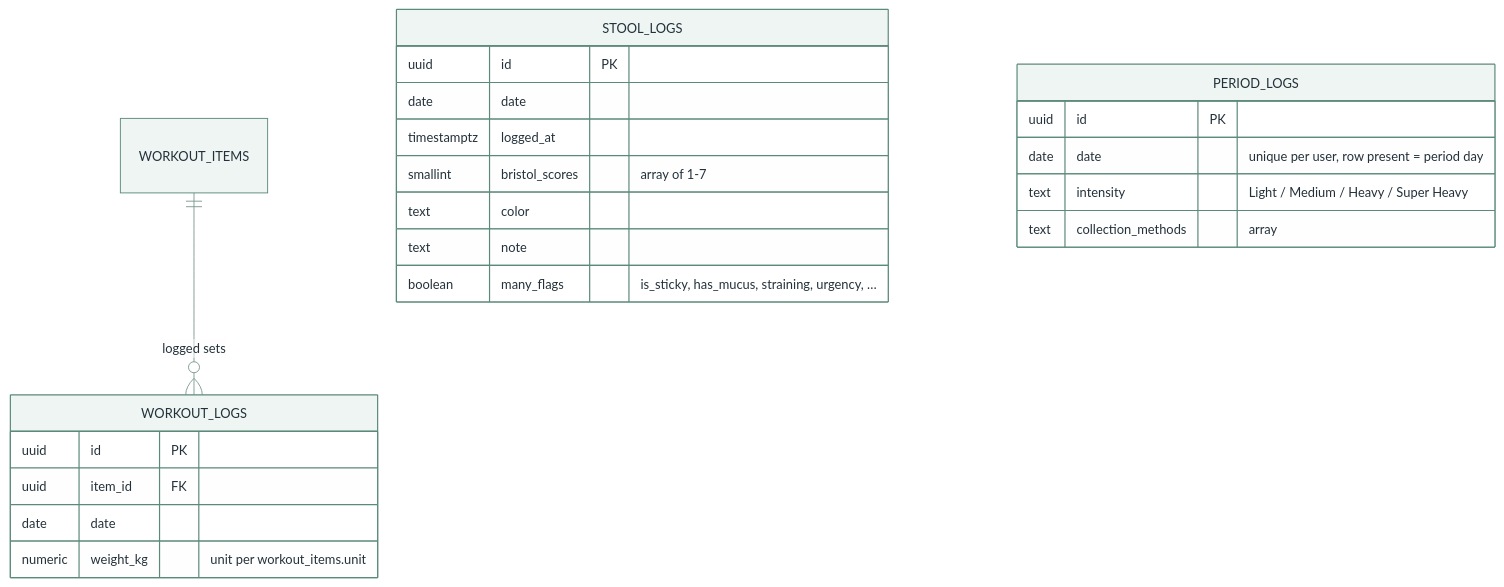
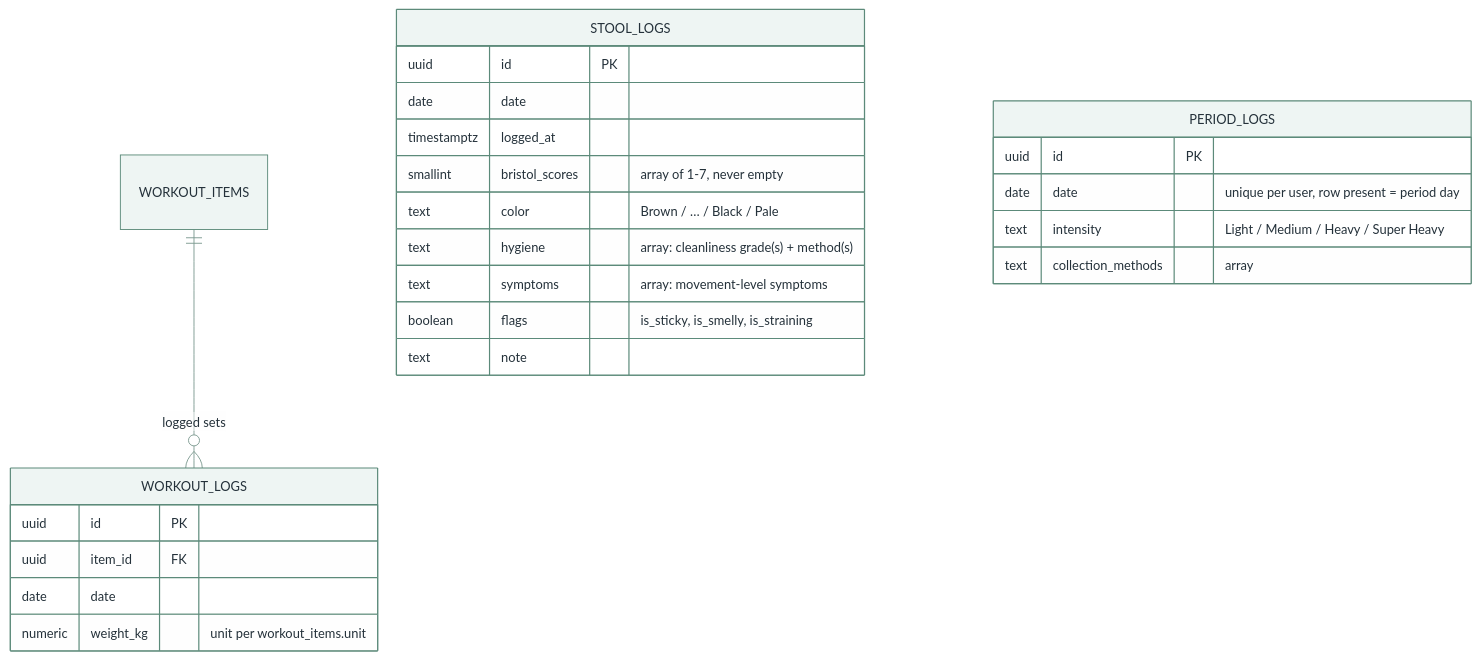
The second of 5 diagrams in docs/data-model.md (xxvazquez/health-management), drawn with Mermaid before and after one commit. The commit also changed 12 other files, not shown here.

First line of the commit message:
Stool: movement symptoms, folded hygiene field, drop No-Bristol

````diff
--- a/docs/data-model.md
+++ b/docs/data-model.md
@@ -93,31 +93,33 @@
 ```mermaid
 %%{init: {"theme": "base", "themeVariables": {
   "primaryColor": "#eef5f3", "primaryBorderColor": "#5c8a7a",
   "primaryTextColor": "#24313a", "lineColor": "#7d9a90",
   "fontFamily": "Inter, -apple-system, sans-serif", "fontSize": "14px"
 }}}%%
 erDiagram
     WORKOUT_ITEMS ||--o{ WORKOUT_LOGS : "logged sets"
 
     STOOL_LOGS {
         uuid        id PK
         date        date
         timestamptz logged_at
-        smallint    bristol_scores "array of 1-7"
-        text        color
+        smallint    bristol_scores "array of 1-7, never empty"
+        text        color "Brown / … / Black / Pale"
+        text        hygiene "array: cleanliness grade(s) + method(s)"
+        text        symptoms "array: movement-level symptoms"
+        boolean     flags "is_sticky, is_smelly, is_straining"
         text        note
-        boolean     many_flags "is_sticky, has_mucus, straining, urgency, …"
     }
     WORKOUT_LOGS {
         uuid    id PK
         uuid    item_id FK
         date    date
         numeric weight_kg "unit per workout_items.unit"
     }
     PERIOD_LOGS {
         uuid id PK
         date date "unique per user, row present = period day"
         text intensity "Light / Medium / Heavy / Super Heavy"
         text collection_methods "array"
     }
 ```
````
